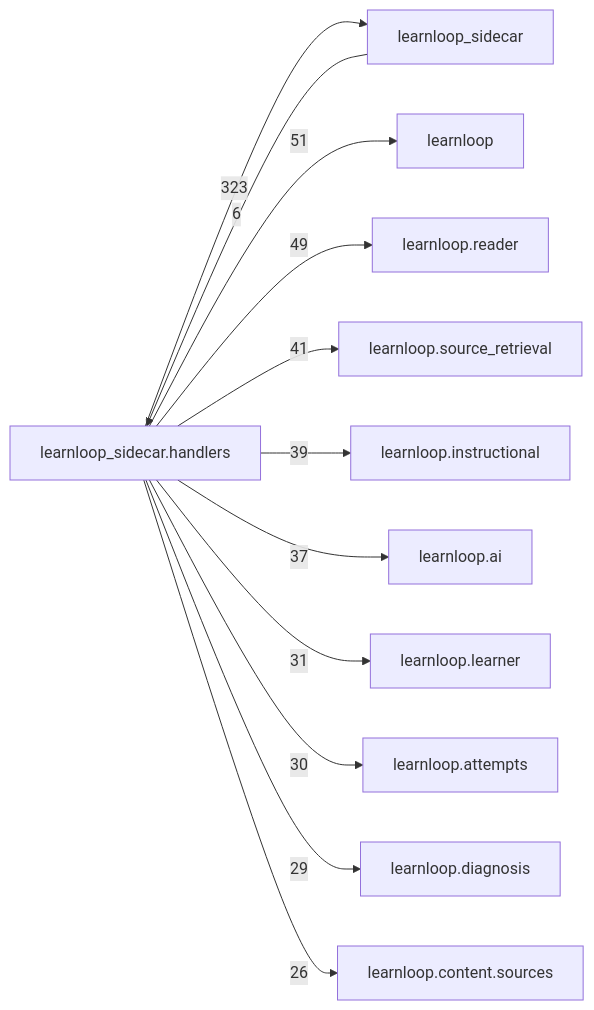
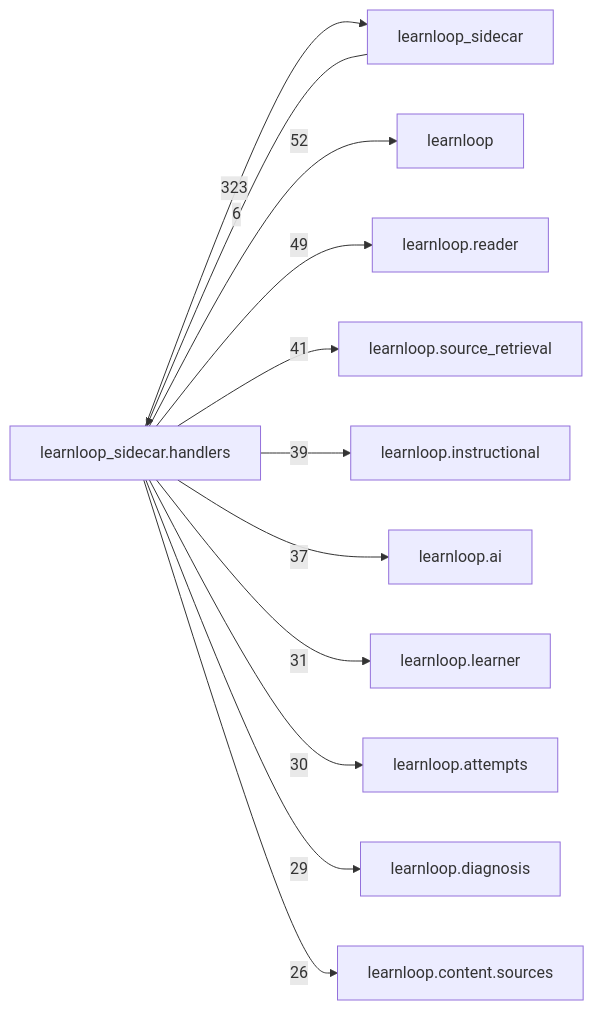
Before and after one commit to 6up-b/learnanything: the diagram in docs/learnloop-architecture-vault/Reference/Modules/learnloop_sidecar/handlers/_package.md, drawn with Mermaid. The commit also changed other lines of this file and 26 other files, not shown here.

````diff
--- a/docs/learnloop-architecture-vault/Reference/Modules/learnloop_sidecar/handlers/_package.md
+++ b/docs/learnloop-architecture-vault/Reference/Modules/learnloop_sidecar/handlers/_package.md
@@ -260,25 +260,25 @@
 ```mermaid
 flowchart LR
     center["learnloop_sidecar.handlers"]
     n_learnloop_sidecar["learnloop_sidecar"]
     n_learnloop["learnloop"]
     n_learnloop_reader["learnloop.reader"]
     n_learnloop_source_retrieval["learnloop.source_retrieval"]
     n_learnloop_instructional["learnloop.instructional"]
     n_learnloop_ai["learnloop.ai"]
     n_learnloop_learner["learnloop.learner"]
     n_learnloop_attempts["learnloop.attempts"]
     n_learnloop_diagnosis["learnloop.diagnosis"]
     n_learnloop_content_sources["learnloop.content.sources"]
     n_learnloop_sidecar -->|6| center
     center -->|323| n_learnloop_sidecar
-    center -->|51| n_learnloop
+    center -->|52| n_learnloop
     center -->|49| n_learnloop_reader
     center -->|41| n_learnloop_source_retrieval
     center -->|39| n_learnloop_instructional
     center -->|37| n_learnloop_ai
     center -->|31| n_learnloop_learner
     center -->|30| n_learnloop_attempts
     center -->|29| n_learnloop_diagnosis
     center -->|26| n_learnloop_content_sources
 ```
````
